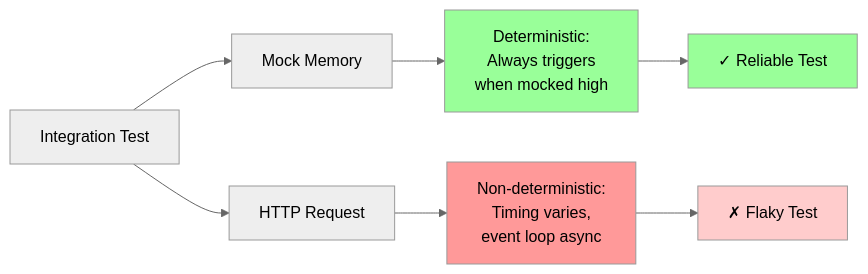
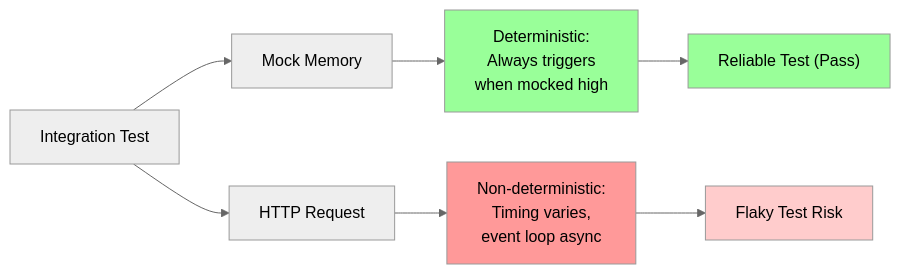
Diagram 12 of 13 in readme.md (andylockran/overload-protection), drawn with Mermaid (neutral theme) before and after one commit. The commit also changed other lines of this file and 4 other files, not shown here.

````diff
--- a/readme.md
+++ b/readme.md
@@ -860,16 +866,16 @@
 ```mermaid
 flowchart LR
-    A[Integration Test] --> B[Mock Memory]
-    A --> C[HTTP Request]
+    A["Integration Test"] --> B["Mock Memory"]
+    A --> C["HTTP Request"]
     
-    B --> D[Deterministic:<br/>Always triggers<br/>when mocked high]
-    C --> E[Non-deterministic:<br/>Timing varies,<br/>event loop async]
+    B --> D["Deterministic:<br/>Always triggers<br/>when mocked high"]
+    C --> E["Non-deterministic:<br/>Timing varies,<br/>event loop async"]
     
-    D --> F[✓ Reliable Test]
-    E --> G[✗ Flaky Test]
+    D --> F["Reliable Test (Pass)"]
+    E --> G["Flaky Test Risk"]
     
     style D fill:#99ff99
     style E fill:#ff9999
     style F fill:#99ff99
     style G fill:#ffcccc
 ```
````
